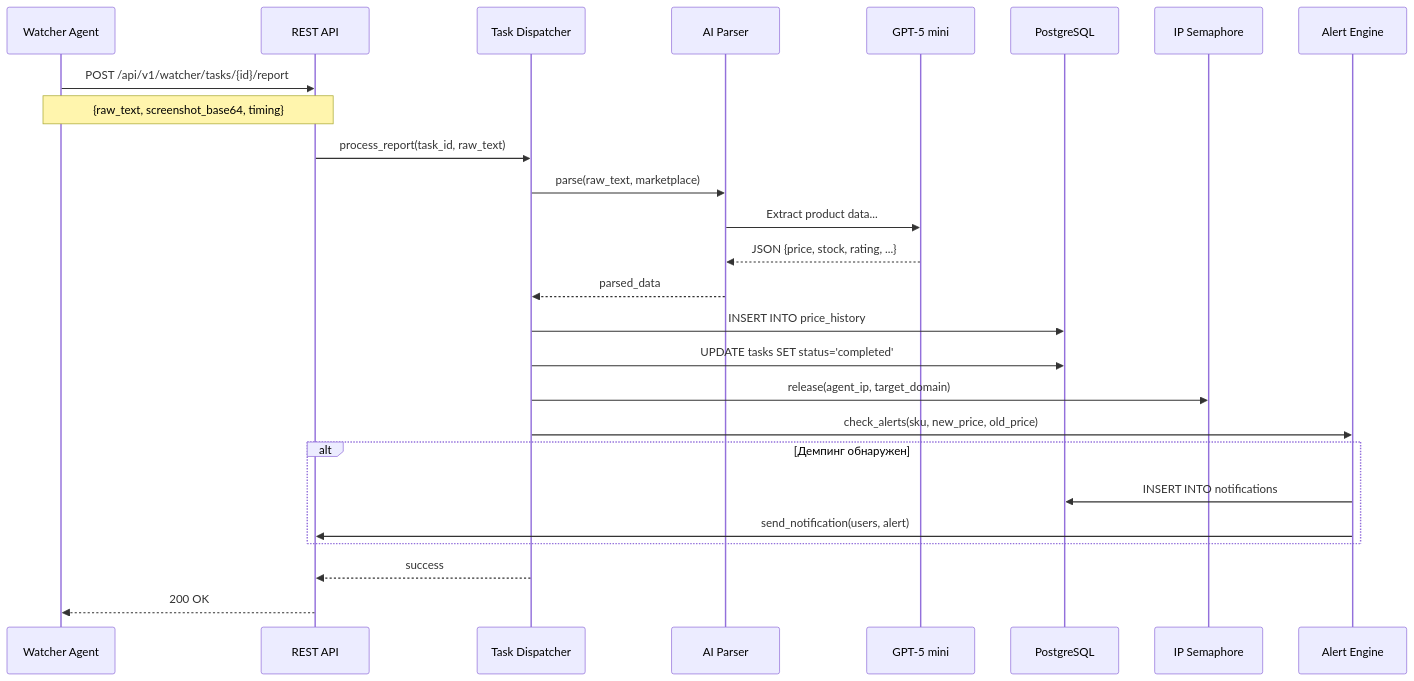
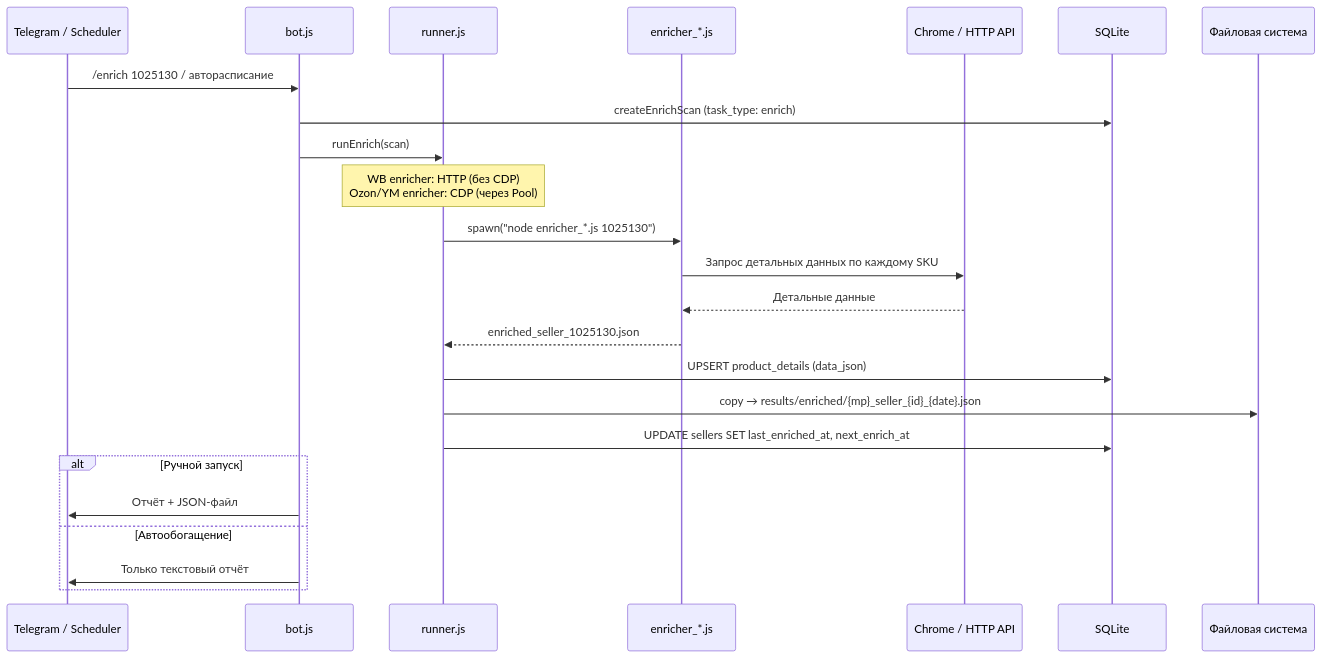
Before and after one commit to Sign25/Docs: the eighth of 9 diagrams in watcher/adolf_watcher_1_architecture.md, drawn with Mermaid. The commit also changed other lines of this file, not shown here.

Commit message:
Watcher v4.0: Раздел 1 — Архитектура (полная переработка)

````diff
--- a/watcher/adolf_watcher_1_architecture.md
+++ b/watcher/adolf_watcher_1_architecture.md
@@ -180,36 +375,32 @@
 ```mermaid
 sequenceDiagram
-    participant AG as Watcher Agent
-    participant API as REST API
-    participant TD as Task Dispatcher
-    participant PARSER as AI Parser
-    participant AI as GPT-5 mini
-    participant PG as PostgreSQL
-    participant SEM as IP Semaphore
-    participant ALERT as Alert Engine
-    
-    AG->>API: POST /api/v1/watcher/tasks/{id}/report
-    Note over AG,API: {raw_text, screenshot_base64, timing}
-    
-    API->>TD: process_report(task_id, raw_text)
-    
-    TD->>PARSER: parse(raw_text, marketplace)
-    PARSER->>AI: Extract product data...
-    AI-->>PARSER: JSON {price, stock, rating, ...}
-    PARSER-->>TD: parsed_data
-    
-    TD->>PG: INSERT INTO price_history
-    TD->>PG: UPDATE tasks SET status='completed'
-    
-    TD->>SEM: release(agent_ip, target_domain)
-    
-    TD->>ALERT: check_alerts(sku, new_price, old_price)
-    
-    alt Демпинг обнаружен
-        ALERT->>PG: INSERT INTO notifications
-        ALERT->>API: send_notification(users, alert)
+    participant TG as Telegram / Scheduler
+    participant BOT as bot.js
+    participant RUNNER as runner.js
+    participant ENRICH as enricher_*.js
+    participant CHROME as Chrome / HTTP API
+    participant DB as SQLite
+    participant FS as Файловая система
+
+    TG->>BOT: /enrich 1025130 / авторасписание
+    BOT->>DB: createEnrichScan (task_type: enrich)
+
+    BOT->>RUNNER: runEnrich(scan)
+    Note over RUNNER: WB enricher: HTTP (без CDP)<br/>Ozon/YM enricher: CDP (через Pool)
+
+    RUNNER->>ENRICH: spawn("node enricher_*.js 1025130")
+    ENRICH->>CHROME: Запрос детальных данных по каждому SKU
+    CHROME-->>ENRICH: Детальные данные
+
+    ENRICH-->>RUNNER: enriched_seller_1025130.json
+
+    RUNNER->>DB: UPSERT product_details (data_json)
+    RUNNER->>FS: copy → results/enriched/{mp}_seller_{id}_{date}.json
+    RUNNER->>DB: UPDATE sellers SET last_enriched_at, next_enrich_at
+
+    alt Ручной запуск
+        BOT->>TG: Отчёт + JSON-файл
+    else Автообогащение
+        BOT->>TG: Только текстовый отчёт
     end
-    
-    TD-->>API: success
-    API-->>AG: 200 OK
 ```
````
